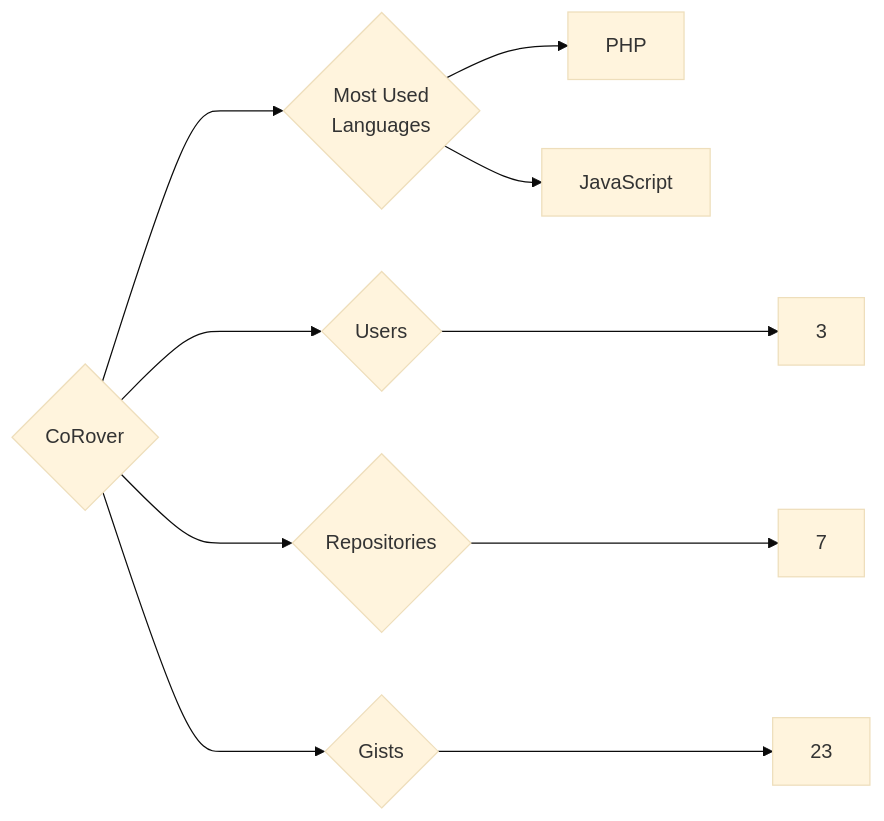
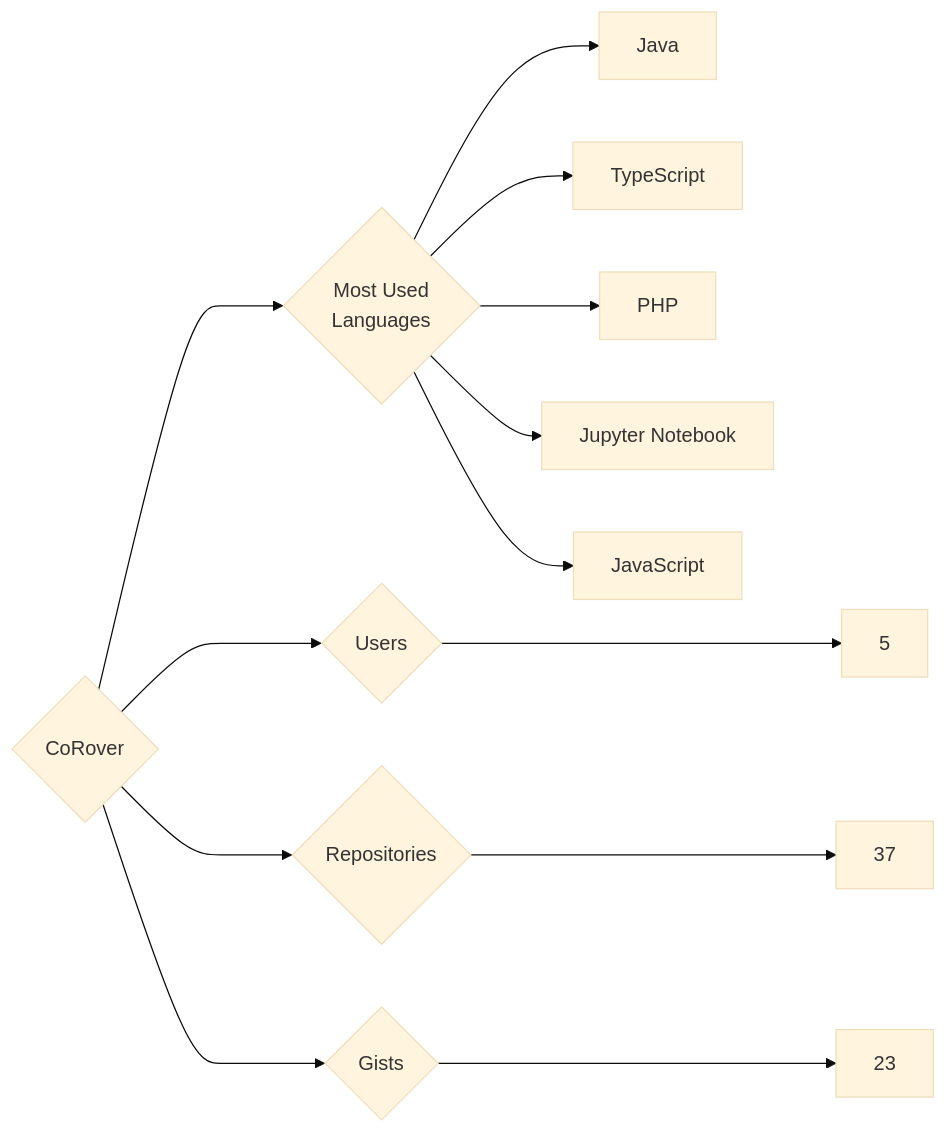
The diagram in targets/CoRover/README.md (trickest/insiders), drawn with Mermaid (base theme) before and after one commit. The commit also changed 679 other files, not shown here.

````diff
--- a/targets/CoRover/README.md
+++ b/targets/CoRover/README.md
@@ -3,10 +3,13 @@
 ```mermaid
 graph LR
 COMPANY_NAME{CoRover}
-COMPANY_NAME ---> U{Users} ---> UN[3]
-COMPANY_NAME ---> R{Repositories} ---> RN[7]
+COMPANY_NAME ---> U{Users} ---> UN[5]
+COMPANY_NAME ---> R{Repositories} ---> RN[37]
 COMPANY_NAME ---> G{Gists} ---> GN[23]
 COMPANY_NAME ---> ML{Most Used<br>Languages}
+ML --> Java[Java]
+ML --> TypeScript[TypeScript]
 ML --> PHP[PHP]
+ML --> Jupyter_Notebook[Jupyter Notebook]
 ML --> JavaScript[JavaScript]
 ```
````
